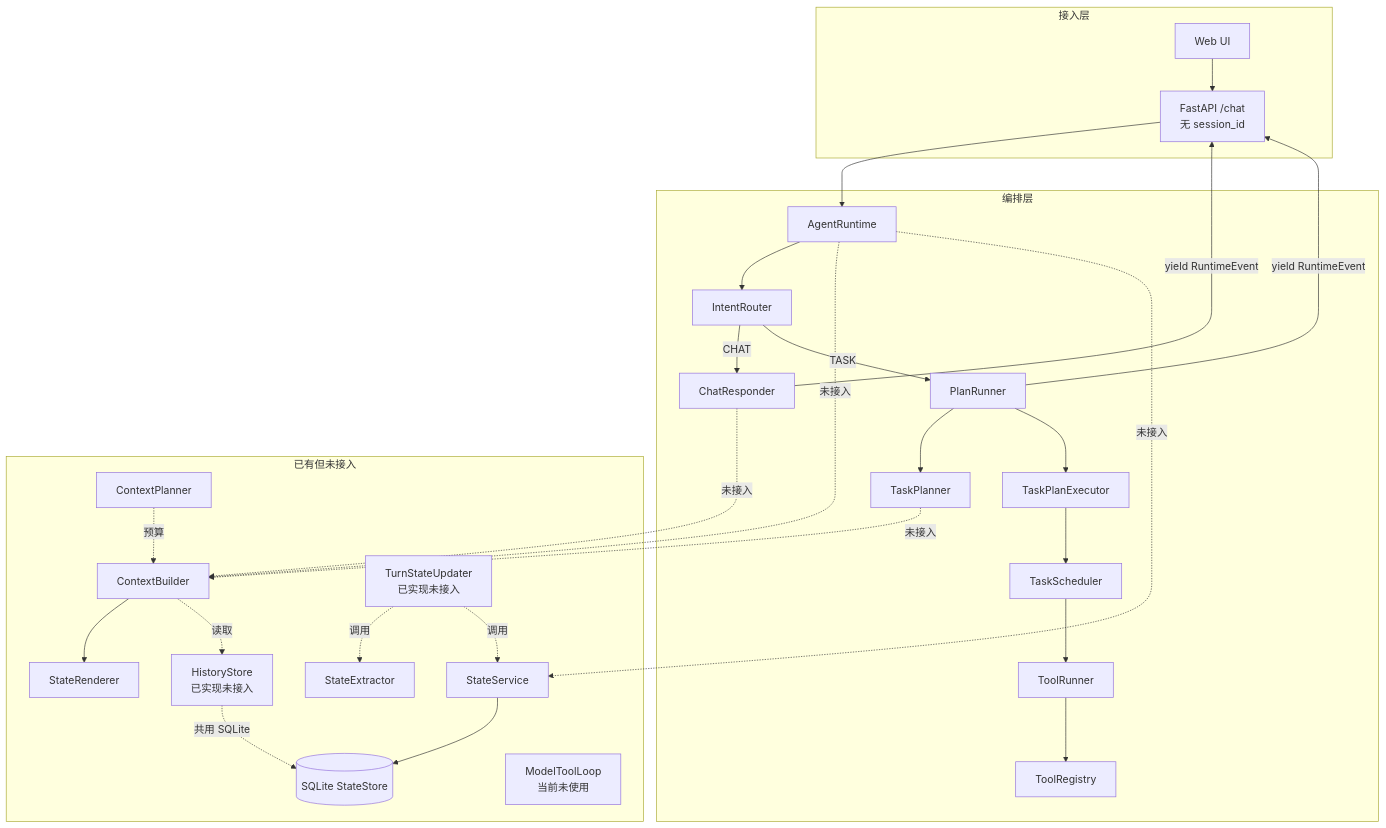
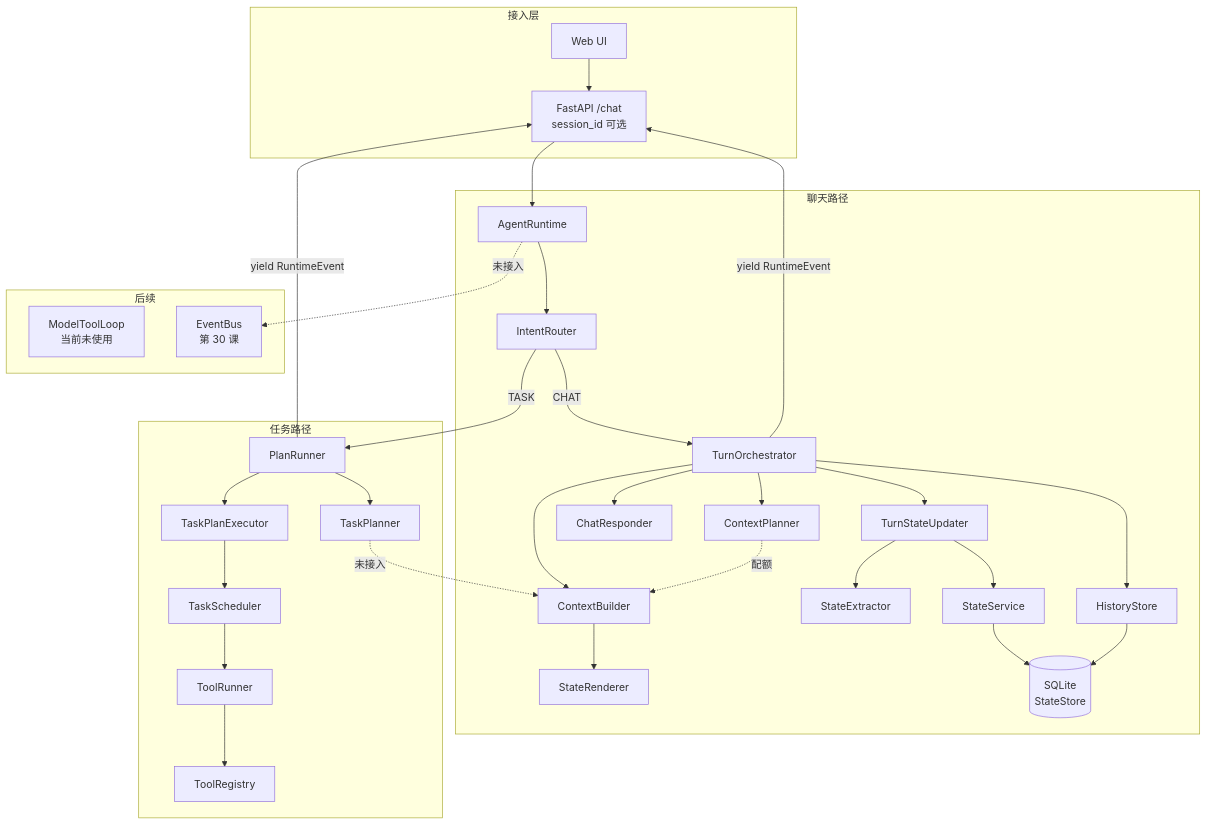
The first of 2 diagrams in docs/lessons/README.md (kaer45/agent-runtime), drawn with Mermaid before and after one commit. The commit also changed other lines of this file and 3 other files, not shown here.

````diff
--- a/docs/lessons/README.md
+++ b/docs/lessons/README.md
@@ -148,44 +152,42 @@
 ```mermaid
 flowchart TB
     subgraph 接入层
-        UI[Web UI] --> API["FastAPI /chat<br/>无 session_id"]
+        UI[Web UI] --> API["FastAPI /chat<br/>session_id 可选"]
     end
 
-    subgraph 编排层
+    subgraph 聊天路径
         API --> RT[AgentRuntime]
         RT --> IR[IntentRouter]
-        IR -->|CHAT| CR[ChatResponder]
+        IR -->|CHAT| TO[TurnOrchestrator]
+        TO --> CP[ContextPlanner]
+        TO --> CB[ContextBuilder]
+        CP -. 配额 .-> CB
+        CB --> SR[StateRenderer]
+        TO --> CR[ChatResponder]
+        TO --> UP[TurnStateUpdater]
+        UP --> SE[StateExtractor]
+        UP --> SS[StateService]
+        TO --> HS[HistoryStore]
+        SS --> ST[(SQLite<br/>StateStore)]
+        HS --> ST
+        TO -->|yield RuntimeEvent| API
+    end
+
+    subgraph 任务路径
         IR -->|TASK| PR[PlanRunner]
         PR --> PL[TaskPlanner]
         PR --> EX[TaskPlanExecutor]
         EX --> SCH[TaskScheduler]
         SCH --> TR[ToolRunner]
         TR --> REG[ToolRegistry]
-        CR -->|yield RuntimeEvent| API
         PR -->|yield RuntimeEvent| API
     end
 
-    subgraph 已有但未接入
-        CB[ContextBuilder]
-        CP[ContextPlanner]
-        SR[StateRenderer]
-        SS[StateService]
-        SE[StateExtractor]
-        ST[(SQLite StateStore)]
-        UP["TurnStateUpdater<br/>已实现未接入"]
-        HS["HistoryStore<br/>已实现未接入"]
+    subgraph 后续
         MTL["ModelToolLoop<br/>当前未使用"]
+        EB["EventBus<br/>第 30 课"]
     end
 
-    RT -. 未接入 .-> CB
-    RT -. 未接入 .-> SS
-    CR -. 未接入 .-> CB
     PL -. 未接入 .-> CB
-    CB --> SR
-    CP -. 预算 .-> CB
-    SS --> ST
-    UP -. 调用 .-> SE
-    UP -. 调用 .-> SS
-    HS -. 共用 SQLite .-> ST
-    CB -. 读取 .-> HS
+    RT -. 未接入 .-> EB
 ```
````
